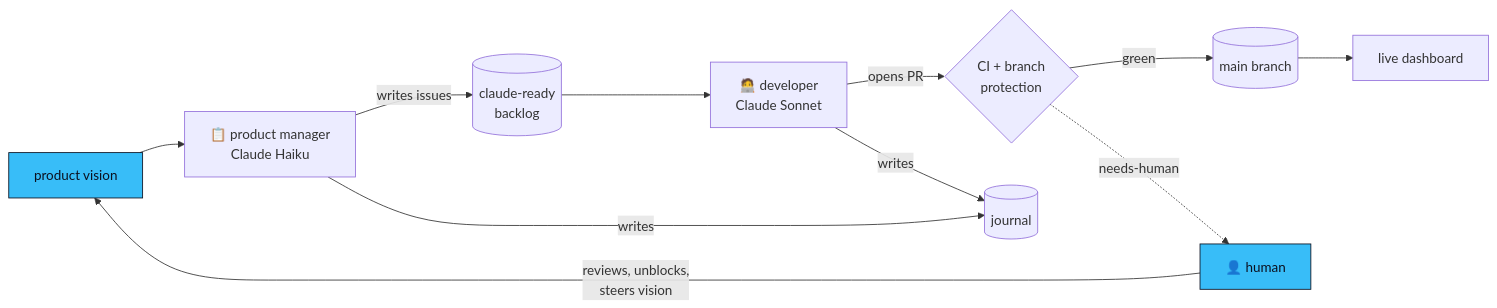
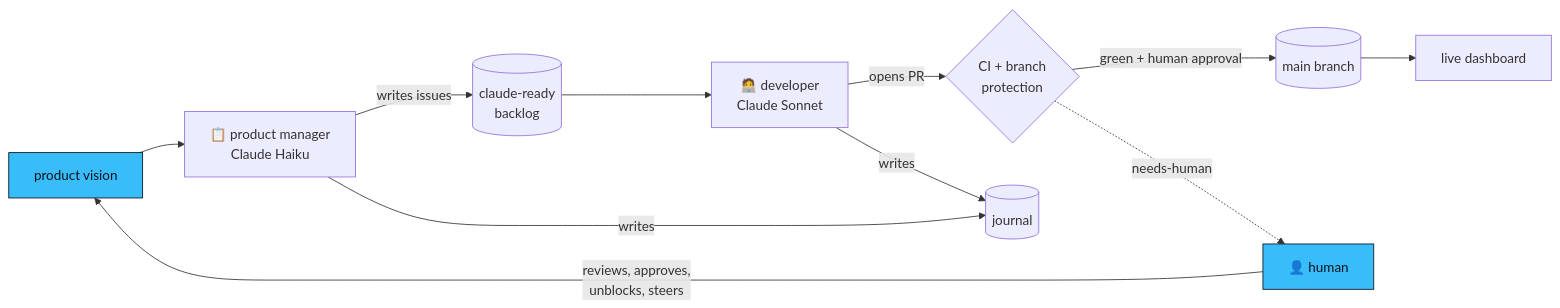
The diagram in README.md (andy-diericks/azure-pricing-radar), drawn with Mermaid before and after one commit. The commit also changed other lines of this file, not shown here.

First line of the commit message:
Clarify human approval and guardrails in README

````diff
--- a/README.md
+++ b/README.md
@@ -96,14 +96,14 @@
 ```mermaid
 flowchart LR
     V[product vision]:::human --> PM[📋 product manager<br/>Claude Haiku]
     PM -->|writes issues| Q[(claude-ready<br/>backlog)]
     Q --> DEV[🧑‍💻 developer<br/>Claude Sonnet]
     DEV -->|opens PR| CI{CI + branch<br/>protection}
-    CI -->|green| M[(main branch)]
+    CI -->|green + human approval| M[(main branch)]
     M --> SITE[live dashboard]
     DEV -->|writes| J[(journal)]
     PM -->|writes| J
-    H[👤 human]:::human -->|reviews, unblocks,<br/>steers vision| V
+    H[👤 human]:::human -->|reviews, approves,<br/>unblocks, steers| V
     CI -.->|needs-human| H
     classDef human fill:#38BDF8,stroke:#0B1120,color:#0B1120;
 ```
````
